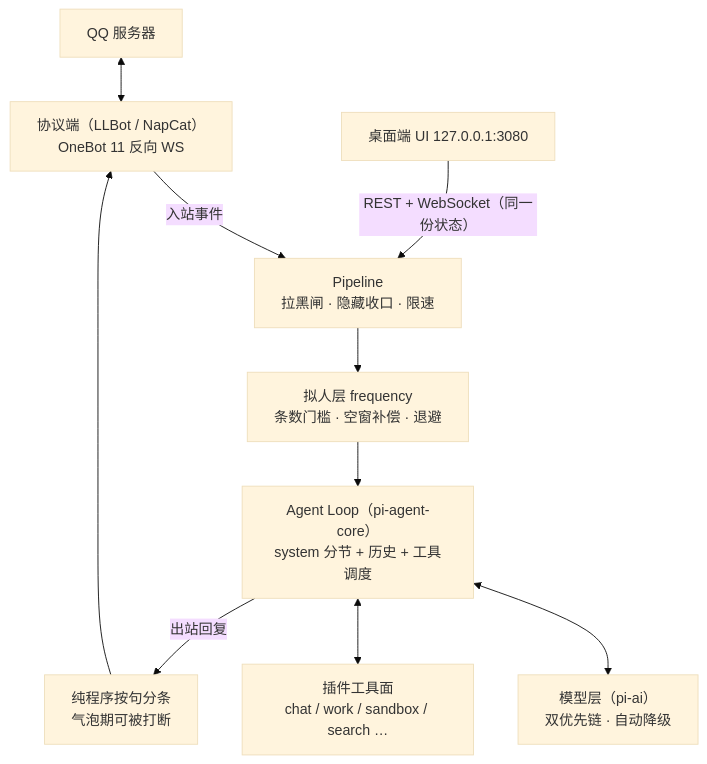
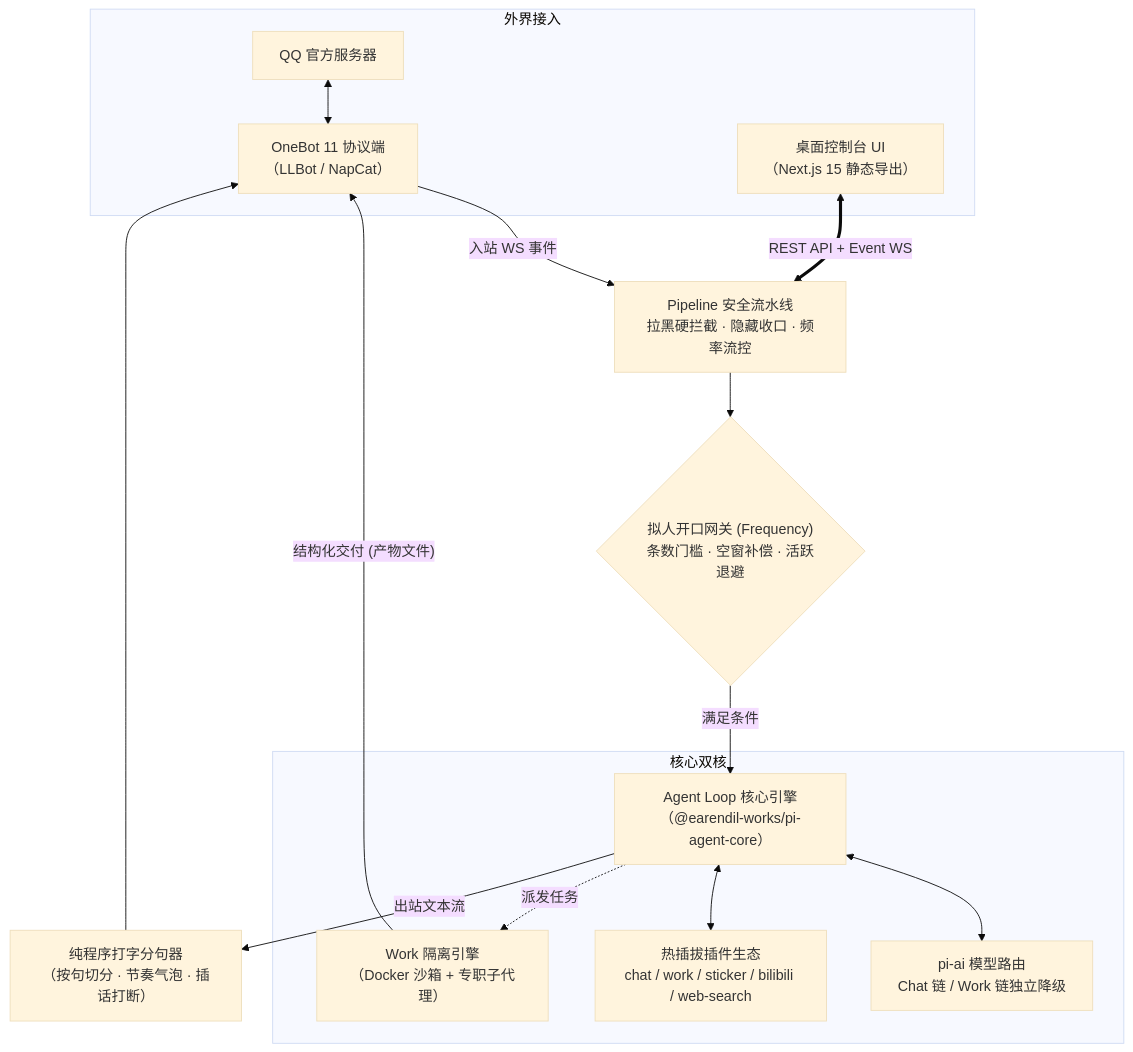
One commit to DDNdles/Parallelbot changed the diagram in README.md. Above: the diagram before and after it, drawn with Mermaid (base theme). The commit also changed other lines of this file, not shown here.

````diff
--- a/README.md
+++ b/README.md
@@ -139,11 +199,24 @@
 ```mermaid
 flowchart TB
-    QQS["QQ 服务器"] <--> PROTO["协议端（LLBot / NapCat）<br/>OneBot 11 反向 WS"]
-    PROTO -- "入站事件" --> PIPE["Pipeline<br/>拉黑闸 · 隐藏收口 · 限速"]
-    PIPE --> GATE["拟人层 frequency<br/>条数门槛 · 空窗补偿 · 退避"]
-    GATE --> LOOP["Agent Loop（pi-agent-core）<br/>system 分节 + 历史 + 工具调度"]
-    LOOP <--> LLM["模型层（pi-ai）<br/>双优先链 · 自动降级"]
-    LOOP <--> PLUG["插件工具面<br/>chat / work / sandbox / search …"]
-    LOOP -- "出站回复" --> DELIV["纯程序按句分条<br/>气泡期可被打断"] --> PROTO
-    UI["桌面端 UI 127.0.0.1:3080"] -- "REST + WebSocket（同一份状态）" --> PIPE
+    subgraph 外界接入
+        QQS["QQ 官方服务器"] <--> PROTO["OneBot 11 协议端<br/>（LLBot / NapCat）"]
+        UI_CLIENT["桌面控制台 UI<br/>（Next.js 15 静态导出）"]
+    end
+
+    PROTO -- "入站 WS 事件" --> PIPE["Pipeline 安全流水线<br/>拉黑硬拦截 · 隐藏收口 · 频率流控"]
+    UI_CLIENT <== "REST API + Event WS" ==> PIPE
+
+    PIPE --> GATE{"拟人开口网关 (Frequency)<br/>条数门槛 · 空窗补偿 · 活跃退避"}
+    
+    GATE -- "满足条件" --> LOOP["Agent Loop 核心引擎<br/>（@earendil-works/pi-agent-core）"]
+    
+    subgraph 核心双核
+        LOOP <--> LLM["pi-ai 模型路由<br/>Chat 链 / Work 链独立降级"]
+        LOOP <--> PLUGS["热插拔插件生态<br/>chat / work / sticker / bilibili / web-search"]
+        LOOP -. "派发任务" .-> WORK_SUB["Work 隔离引擎<br/>（Docker 沙箱 + 专职子代理）"]
+    end
+
+    LOOP -- "出站文本流" --> OUT["纯程序打字分句器<br/>（按句切分 · 节奏气泡 · 插话打断）"]
+    OUT --> PROTO
+    WORK_SUB -- "结构化交付 (产物文件)" --> PROTO
 ```
````
